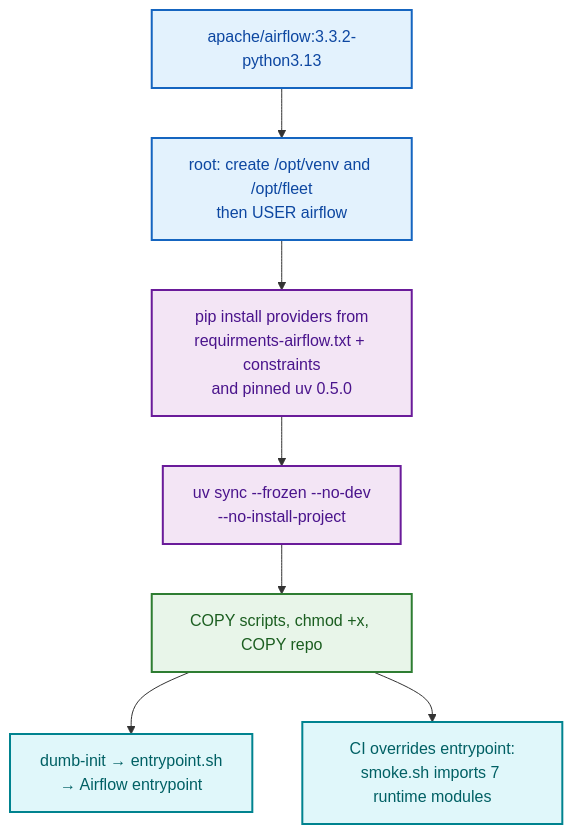
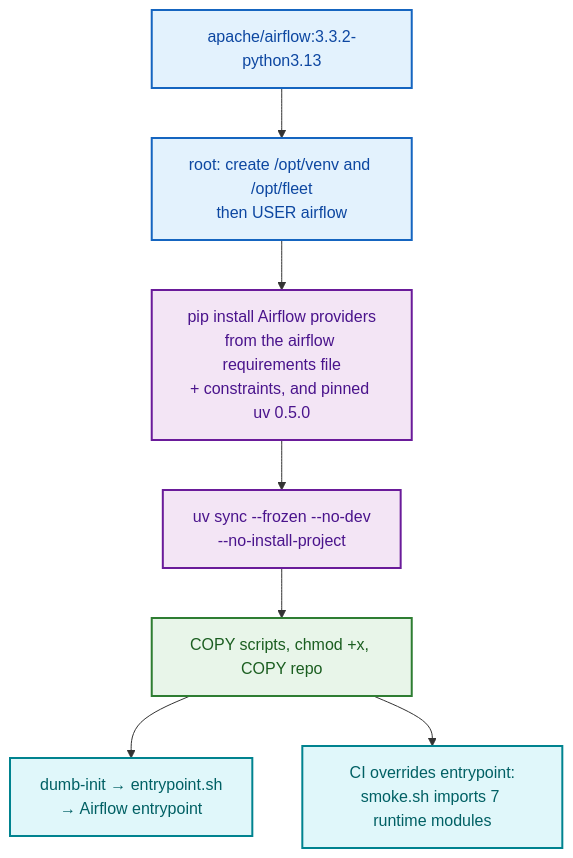
Before and after one commit to Nitinx12/Fleet-dbt-warehouse: the second of 4 diagrams in DEPLOYMENT.md, drawn with Mermaid. The commit also changed other lines of this file, not shown here.

````diff
--- a/DEPLOYMENT.md
+++ b/DEPLOYMENT.md
@@ -102,18 +268,18 @@
 ```mermaid
 flowchart TD
     classDef base fill:#e3f2fd,stroke:#1565c0,stroke-width:2px,color:#0d47a1
     classDef dep fill:#f3e5f5,stroke:#6a1b9a,stroke-width:2px,color:#4a148c
     classDef app fill:#e8f5e9,stroke:#2e7d32,stroke-width:2px,color:#1b5e20
     classDef run fill:#e0f7fa,stroke:#00838f,stroke-width:2px,color:#006064
 
     A["apache/airflow:3.3.2-python3.13"]:::base
     B["root: create /opt/venv and /opt/fleet<br/>then USER airflow"]:::base
-    C["pip install providers from<br/>requirments-airflow.txt + constraints<br/>and pinned uv 0.5.0"]:::dep
+    C["pip install Airflow providers<br/>from the airflow requirements file<br/>+ constraints, and pinned uv 0.5.0"]:::dep
     D["uv sync --frozen --no-dev<br/>--no-install-project"]:::dep
     E["COPY scripts, chmod +x, COPY repo"]:::app
     F["dumb-init → entrypoint.sh<br/>→ Airflow entrypoint"]:::run
     G["CI overrides entrypoint:<br/>smoke.sh imports 7 runtime modules"]:::run
 
     A --> B --> C --> D --> E --> F
     E --> G
 ```
````
